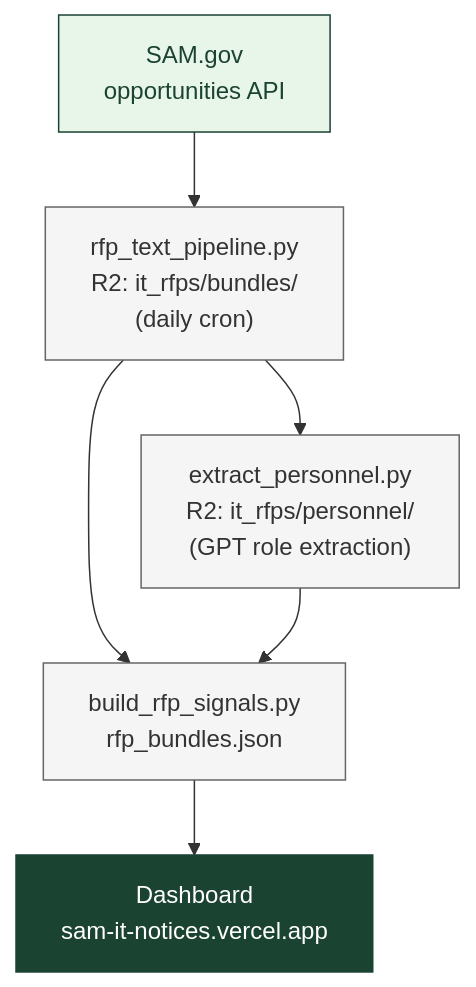
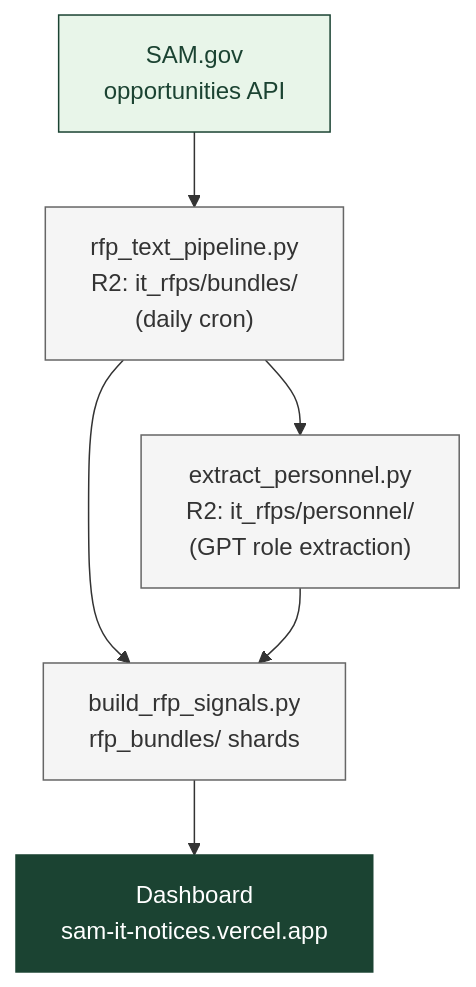
Before and after one commit to abigailhaddad/sam-it-notices: the diagram in README.md, drawn with Mermaid. The commit also changed other lines of this file and 20 other files, not shown here.

````diff
--- a/README.md
+++ b/README.md
@@ -45,12 +47,12 @@
 ```mermaid
 flowchart TD
     SAM["SAM.gov\nopportunities API"]:::src --> RTP["rfp_text_pipeline.py\nR2: it_rfps/bundles/\n(daily cron)"]:::step
     RTP --> EP["extract_personnel.py\nR2: it_rfps/personnel/\n(GPT role extraction)"]:::step
-    RTP --> BRS["build_rfp_signals.py\nrfp_bundles.json"]:::step
+    RTP --> BRS["build_rfp_signals.py\nrfp_bundles/ shards"]:::step
     EP --> BRS
     BRS --> DASH["Dashboard\nsam-it-notices.vercel.app"]:::out
 
     classDef src  fill:#e8f5e9,stroke:#1B4332,color:#1B4332
     classDef step fill:#f5f5f5,stroke:#666,color:#333
     classDef out  fill:#1B4332,stroke:#1B4332,color:#fff
 ```
````
